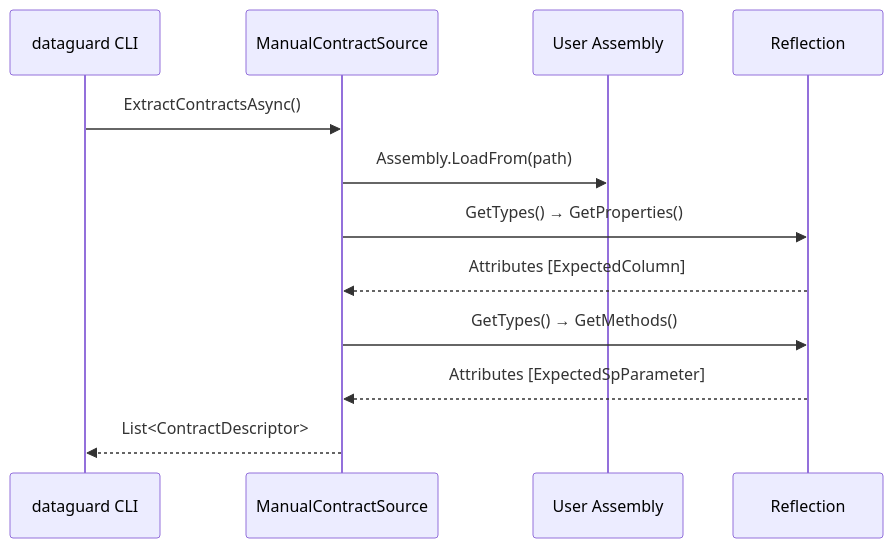
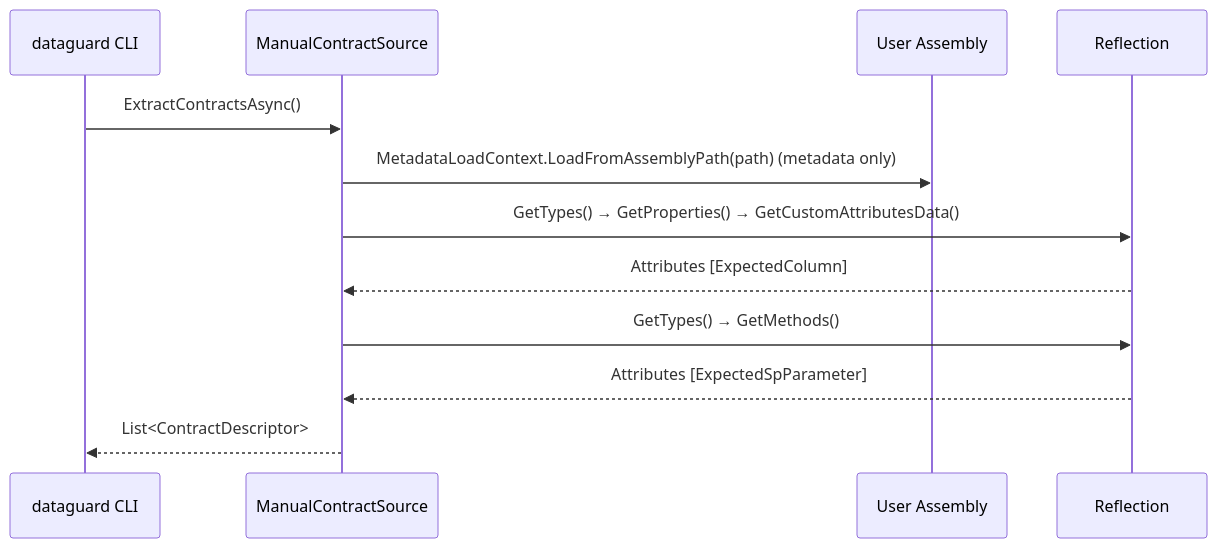
The second of 2 diagrams in docs/03-components/contracts/contract-attributes.vi.md (thanhnt-sm/eco_support_net_oracle), drawn with Mermaid before and after one commit. The commit also changed other lines of this file and 408 other files, not shown here.

````diff
--- a/docs/03-components/contracts/contract-attributes.vi.md
+++ b/docs/03-components/contracts/contract-attributes.vi.md
@@ -300,15 +300,15 @@
 ```mermaid
 sequenceDiagram
     participant CLI as dataguard CLI
     participant MS as ManualContractSource
     participant ASM as User Assembly
     participant REF as Reflection
 
     CLI->>MS: ExtractContractsAsync()
-    MS->>ASM: Assembly.LoadFrom(path)
-    MS->>REF: GetTypes() → GetProperties()
+    MS->>ASM: MetadataLoadContext.LoadFromAssemblyPath(path) (metadata only)
+    MS->>REF: GetTypes() → GetProperties() → GetCustomAttributesData()
     REF-->>MS: Attributes [ExpectedColumn]
     MS->>REF: GetTypes() → GetMethods()
     REF-->>MS: Attributes [ExpectedSpParameter]
     MS-->>CLI: List<ContractDescriptor>
 ```
````
